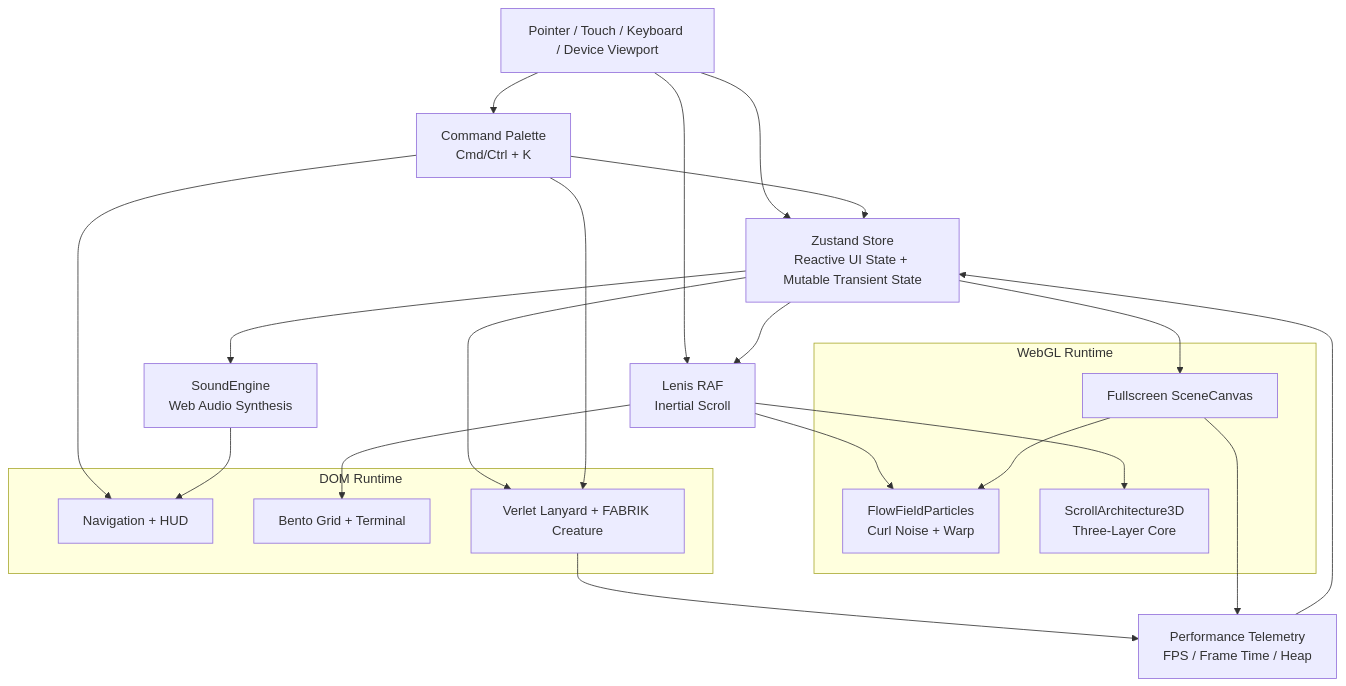
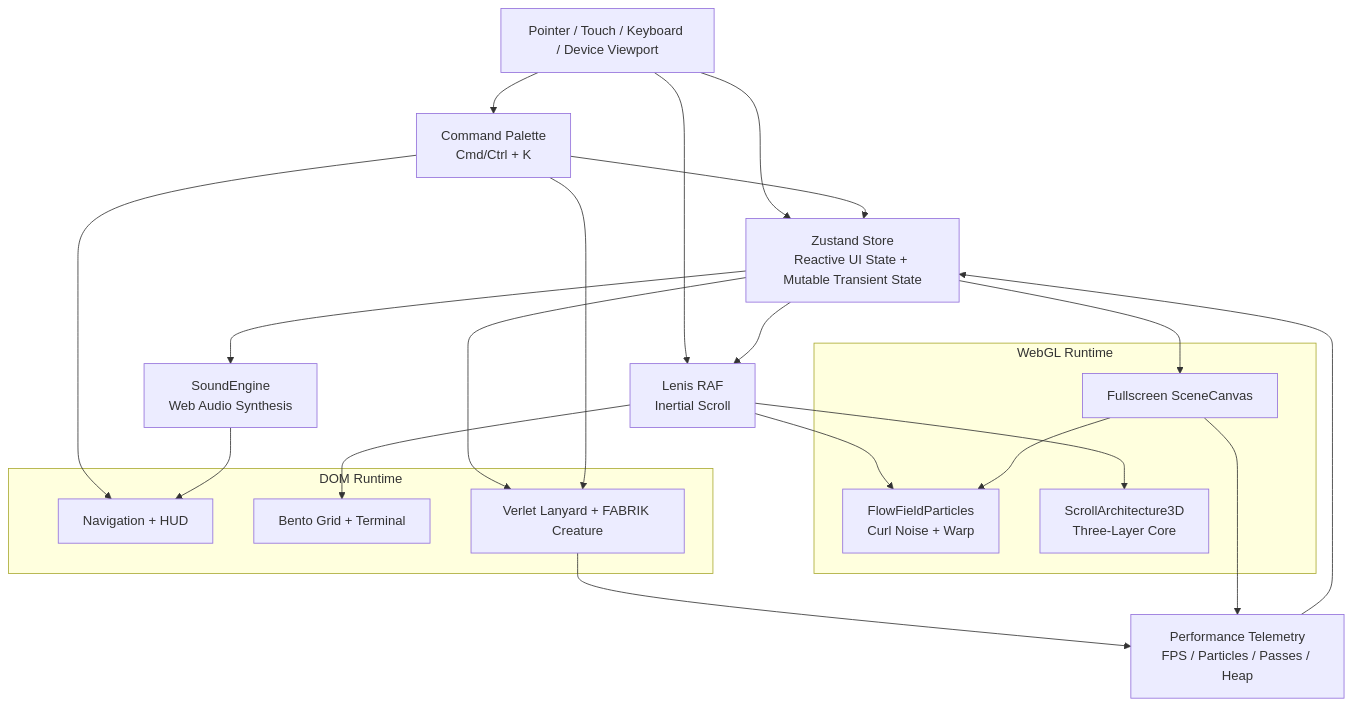
One commit to Atlantier/interactive-digital-showroom changed the first of 2 diagrams in README.md. Above: the diagram before and after it, drawn with Mermaid. The commit also changed other lines of this file and 34 other files, not shown here.

````diff
--- a/README.md
+++ b/README.md
@@ -29,44 +29,44 @@
 ```mermaid
 flowchart TB
     INPUT["Pointer / Touch / Keyboard / Device Viewport"]
     STORE["Zustand Store<br/>Reactive UI State + Mutable Transient State"]
     LENIS["Lenis RAF<br/>Inertial Scroll"]
     PALETTE["Command Palette<br/>Cmd/Ctrl + K"]
-    TELEMETRY["Performance Telemetry<br/>FPS / Frame Time / Heap"]
+    TELEMETRY["Performance Telemetry<br/>FPS / Particles / Passes / Heap"]
     SOUND["SoundEngine<br/>Web Audio Synthesis"]
 
     subgraph DOM [DOM Runtime]
         NAV["Navigation + HUD"]
         BENTO["Bento Grid + Terminal"]
         PHYSICS["Verlet Lanyard + FABRIK Creature"]
     end
 
     subgraph GPU [WebGL Runtime]
         SCENE["Fullscreen SceneCanvas"]
         FLOW["FlowFieldParticles<br/>Curl Noise + Warp"]
         ARCH["ScrollArchitecture3D<br/>Three-Layer Core"]
     end
 
     INPUT --> STORE
     INPUT --> LENIS
     INPUT --> PALETTE
     STORE --> LENIS
     STORE --> PHYSICS
     STORE --> SCENE
     STORE --> SOUND
 
     LENIS --> FLOW
     LENIS --> ARCH
     LENIS --> BENTO
 
     PALETTE --> NAV
     PALETTE --> PHYSICS
     PALETTE --> STORE
 
     PHYSICS --> TELEMETRY
     SCENE --> TELEMETRY
     TELEMETRY --> STORE
 
     SCENE --> FLOW
     SOUND --> NAV
 ```
````
